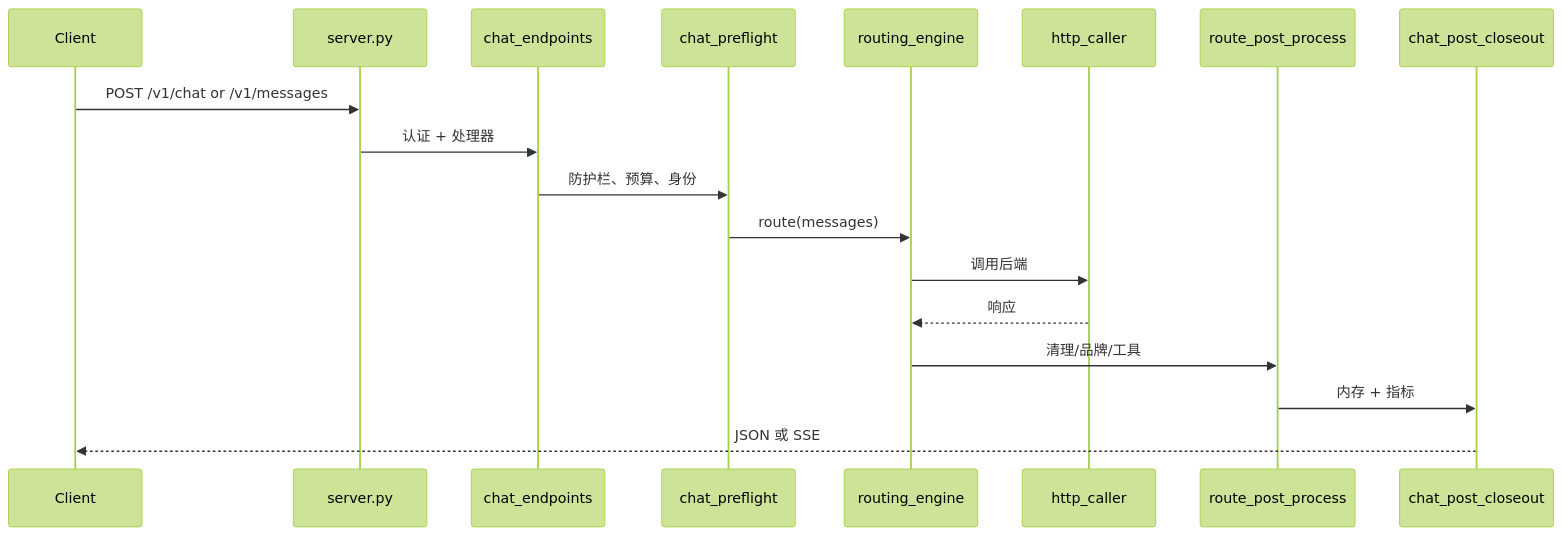
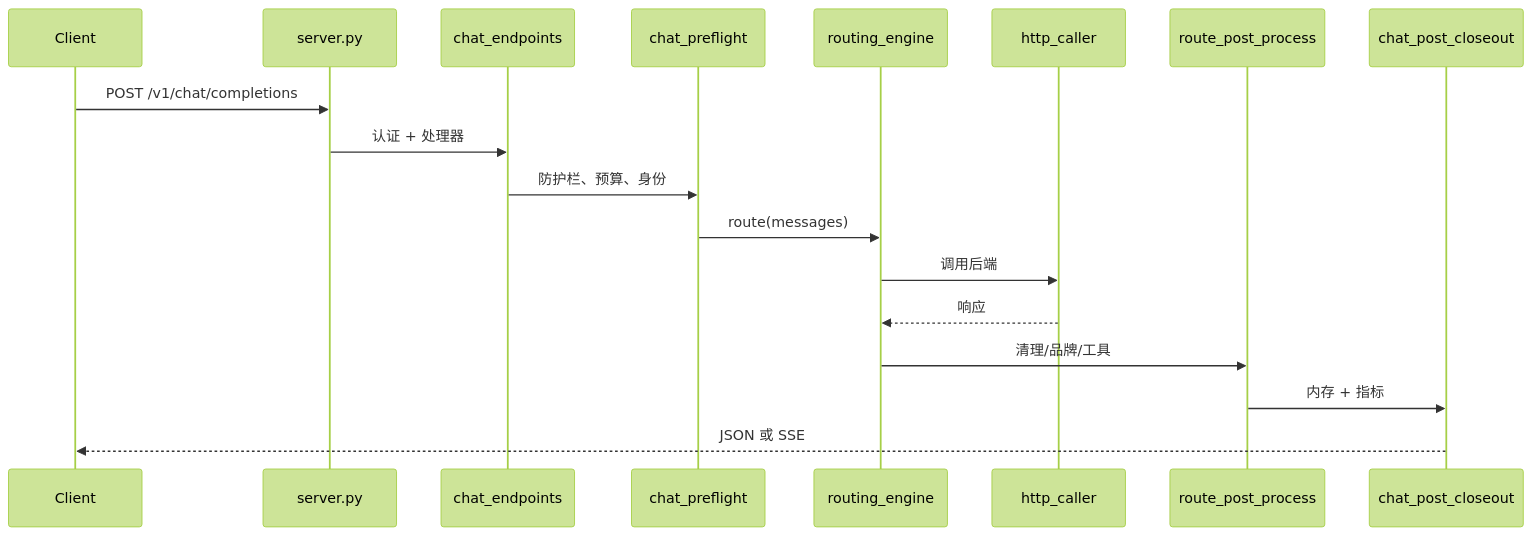
One commit to zhuguang-ZFG/QWEN3.0 changed the diagram in docs/REQUEST_PIPELINE_AUTHORITY_CN.md. Above: the diagram before and after it, drawn with Mermaid (forest theme). The commit also changed other lines of this file and 17 other files, not shown here.

````diff
--- a/docs/REQUEST_PIPELINE_AUTHORITY_CN.md
+++ b/docs/REQUEST_PIPELINE_AUTHORITY_CN.md
@@ -77,21 +74,21 @@
 ```mermaid
 sequenceDiagram
     participant Client
     participant Server as server.py
     participant Route as chat_endpoints
     participant Pre as chat_preflight
     participant RE as routing_engine
     participant HC as http_caller
     participant PP as route_post_process
     participant Close as chat_post_closeout
 
-    Client->>Server: POST /v1/chat or /v1/messages
+    Client->>Server: POST /v1/chat/completions
     Server->>Route: 认证 + 处理器
     Route->>Pre: 防护栏、预算、身份
     Pre->>RE: route(messages)
     RE->>HC: 调用后端
     HC-->>RE: 响应
     RE->>PP: 清理/品牌/工具
     PP->>Close: 内存 + 指标
     Close-->>Client: JSON 或 SSE
 ```
````
